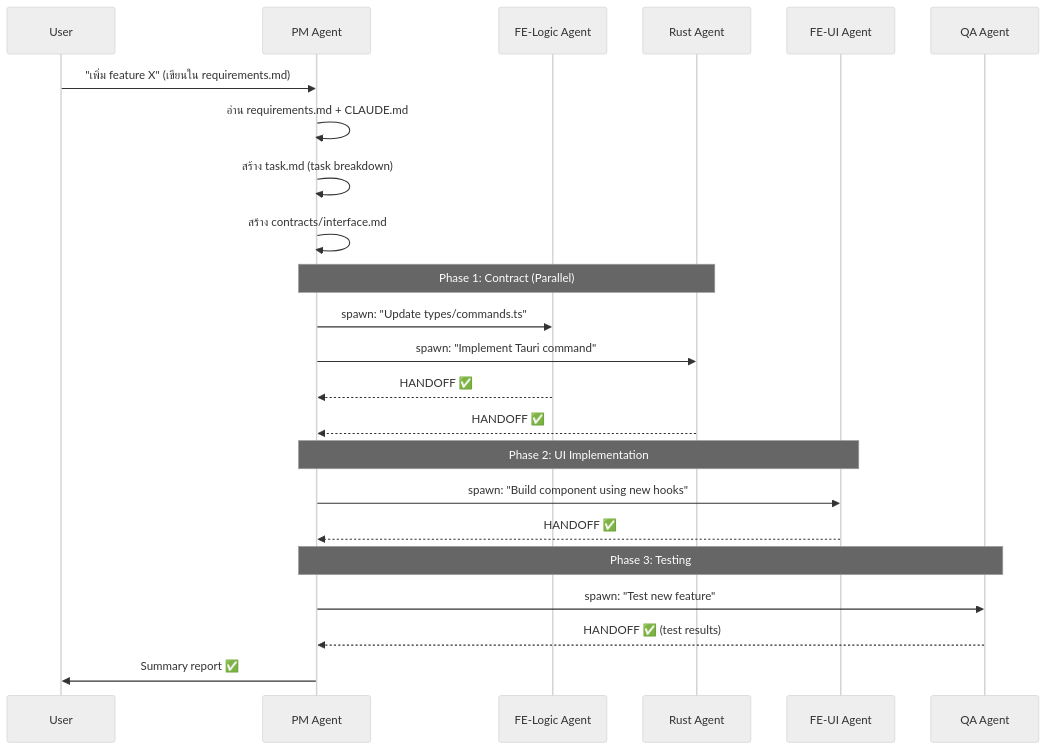
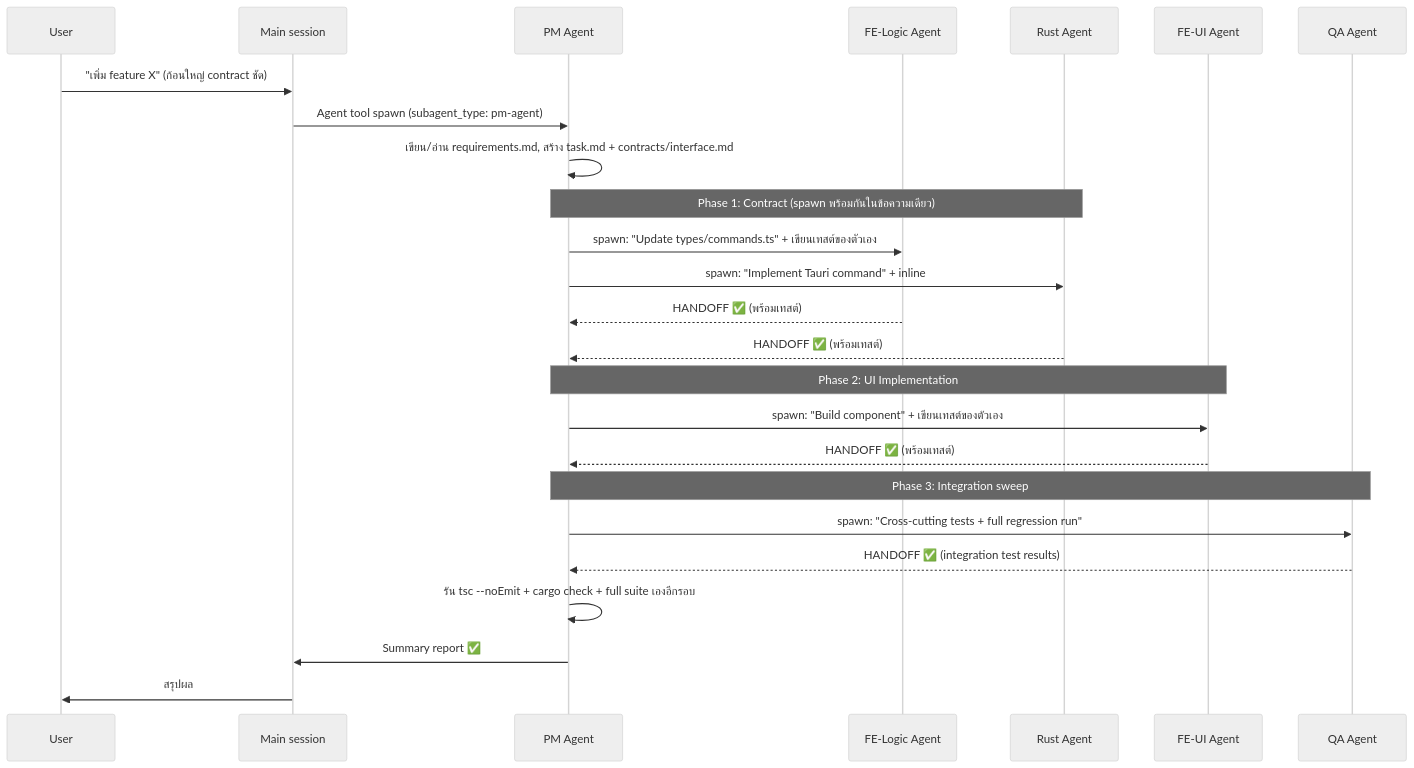
Before and after one commit to toeyps/soothsayer-wizard-app: the second of 2 diagrams in multi_agent_orchestration_design.md, drawn with Mermaid (neutral theme). The commit also changed other lines of this file and 7 other files, not shown here.

First line of the commit message:
Redesign multi-agent orchestration pipeline; add Notion/git post-task checklist

````diff
--- a/multi_agent_orchestration_design.md
+++ b/multi_agent_orchestration_design.md
@@ -286,30 +210,32 @@
 ```mermaid
 sequenceDiagram
     participant U as User
+    participant M as Main session
     participant PM as PM Agent
     participant FL as FE-Logic Agent
     participant R as Rust Agent
     participant FU as FE-UI Agent
     participant QA as QA Agent
 
-    U->>PM: "เพิ่ม feature X" (เขียนใน requirements.md)
-    PM->>PM: อ่าน requirements.md + CLAUDE.md
-    PM->>PM: สร้าง task.md (task breakdown)
-    PM->>PM: สร้าง contracts/interface.md
-    
-    Note over PM,R: Phase 1: Contract (Parallel)
-    PM->>FL: spawn: "Update types/commands.ts"
-    PM->>R: spawn: "Implement Tauri command"
-    FL-->>PM: HANDOFF ✅
-    R-->>PM: HANDOFF ✅
-    
+    U->>M: "เพิ่ม feature X" (ก้อนใหญ่ contract ชัด)
+    M->>PM: Agent tool spawn (subagent_type: pm-agent)
+    PM->>PM: เขียน/อ่าน requirements.md, สร้าง task.md + contracts/interface.md
+
+    Note over PM,R: Phase 1: Contract (spawn พร้อมกันในข้อความเดียว)
+    PM->>FL: spawn: "Update types/commands.ts" + เขียนเทสต์ของตัวเอง
+    PM->>R: spawn: "Implement Tauri command" + inline #[cfg(test)]
+    FL-->>PM: HANDOFF ✅ (พร้อมเทสต์)
+    R-->>PM: HANDOFF ✅ (พร้อมเทสต์)
+
     Note over PM,FU: Phase 2: UI Implementation
-    PM->>FU: spawn: "Build component using new hooks"
-    FU-->>PM: HANDOFF ✅
-    
-    Note over PM,QA: Phase 3: Testing
-    PM->>QA: spawn: "Test new feature"
-    QA-->>PM: HANDOFF ✅ (test results)
-    
-    PM->>U: Summary report ✅
+    PM->>FU: spawn: "Build component" + เขียนเทสต์ของตัวเอง
+    FU-->>PM: HANDOFF ✅ (พร้อมเทสต์)
+
+    Note over PM,QA: Phase 3: Integration sweep
+    PM->>QA: spawn: "Cross-cutting tests + full regression run"
+    QA-->>PM: HANDOFF ✅ (integration test results)
+
+    PM->>PM: รัน tsc --noEmit + cargo check + full suite เองอีกรอบ
+    PM->>M: Summary report ✅
+    M->>U: สรุปผล
 ```
````
